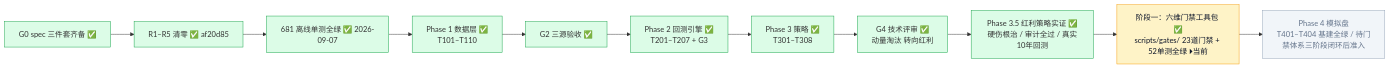
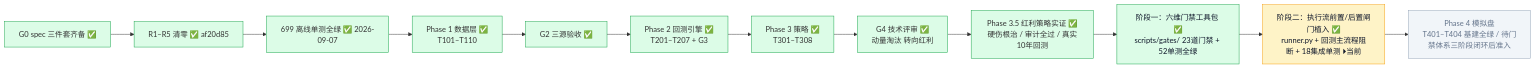
One commit to YZml1507/FinAI2.0 changed the second of 6 diagrams in docs/project_status_flowchart.md. Above: the diagram before and after it, drawn with Mermaid. The commit also changed other lines of this file and 9 other files, not shown here.

Commit message:
feat(gates): complete phase 2 gate integration into backtest flow with fail-closed defense (699 passed)

````diff
--- a/docs/project_status_flowchart.md
+++ b/docs/project_status_flowchart.md
@@ -29,23 +29,25 @@
 ```mermaid
 flowchart LR
-  G0["G0 spec 三件套齐备 ✅"] --> R15["R1–R5 清零 ✅ af20d85"] --> UT["681 离线单测全绿 ✅ 2026-09-07"]
+  G0["G0 spec 三件套齐备 ✅"] --> R15["R1–R5 清零 ✅ af20d85"] --> UT["699 离线单测全绿 ✅ 2026-09-07"]
   UT --> P1["Phase 1 数据层 ✅<br/>T101–T110"]
   P1 --> G2["G2 三源验收 ✅"]
   G2 --> P2["Phase 2 回测引擎 ✅<br/>T201–T207 + G3"]
   P2 --> P3["Phase 3 策略 ✅<br/>T301–T308"]
   P3 --> G4["G4 技术评审 ✅<br/>动量淘汰 转向红利"]
   G4 --> P35["Phase 3.5 红利策略实证 ✅<br/>硬伤根治 / 审计全过 / 真实10年回测"]
-  P35 --> G_AUDIT["阶段一：六维门禁工具包 ✅<br/>scripts/gates/ 23道门禁 + 52单测全绿 ⏵当前"]
-  G_AUDIT --> P4["Phase 4 模拟盘<br/>T401–T404 基建全绿 / 待门禁体系三阶段闭环后准入"]
+  P35 --> G_AUDIT1["阶段一：六维门禁工具包 ✅<br/>scripts/gates/ 23道门禁 + 52单测全绿"]
+  G_AUDIT1 --> G_AUDIT2["阶段二：执行流前置/后置闸门植入 ✅<br/>runner.py + 回测主流程阻断 + 18集成单测 ⏵当前"]
+  G_AUDIT2 --> P4["Phase 4 模拟盘<br/>T401–T404 基建全绿 / 待门禁体系三阶段闭环后准入"]
   style G0 fill:#dcfce7,stroke:#16a34a
   style R15 fill:#dcfce7,stroke:#16a34a
   style UT fill:#dcfce7,stroke:#16a34a
   style P1 fill:#dcfce7,stroke:#16a34a
   style G2 fill:#dcfce7,stroke:#16a34a
   style P2 fill:#dcfce7,stroke:#16a34a
   style P3 fill:#dcfce7,stroke:#16a34a
   style G4 fill:#dcfce7,stroke:#16a34a
   style P35 fill:#dcfce7,stroke:#16a34a
-  style G_AUDIT fill:#fef3c7,stroke:#f59e0b,color:#0f172a
+  style G_AUDIT1 fill:#dcfce7,stroke:#16a34a,color:#0f172a
+  style G_AUDIT2 fill:#fef3c7,stroke:#f59e0b,color:#0f172a
   style P4 fill:#f1f5f9,stroke:#94a3b8,color:#64748b
 ```
````
